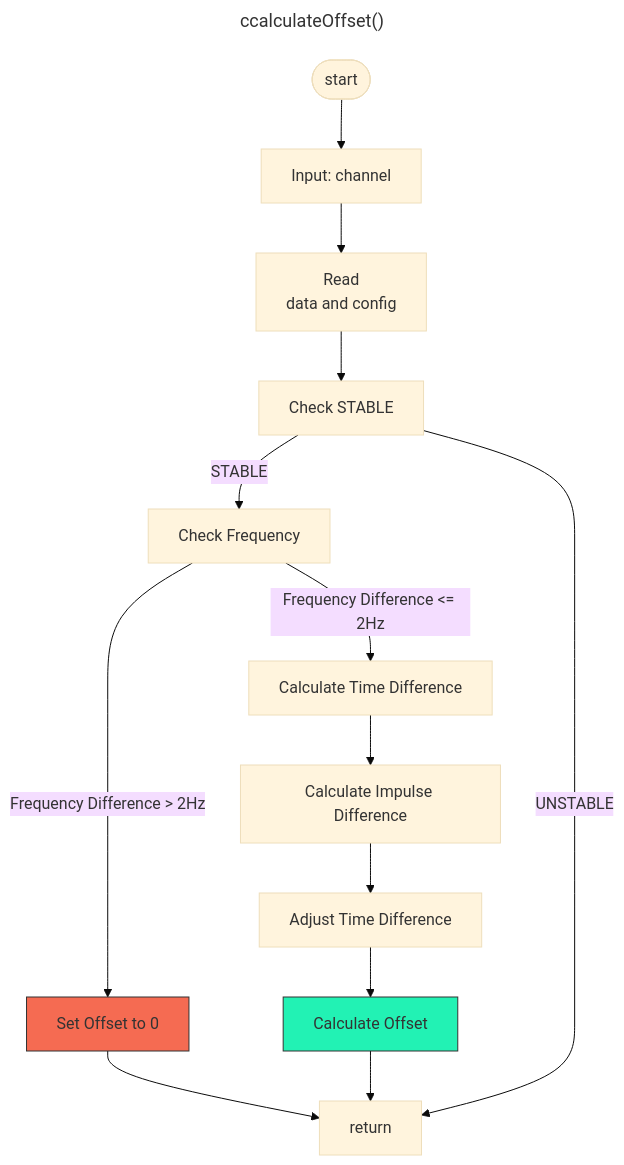
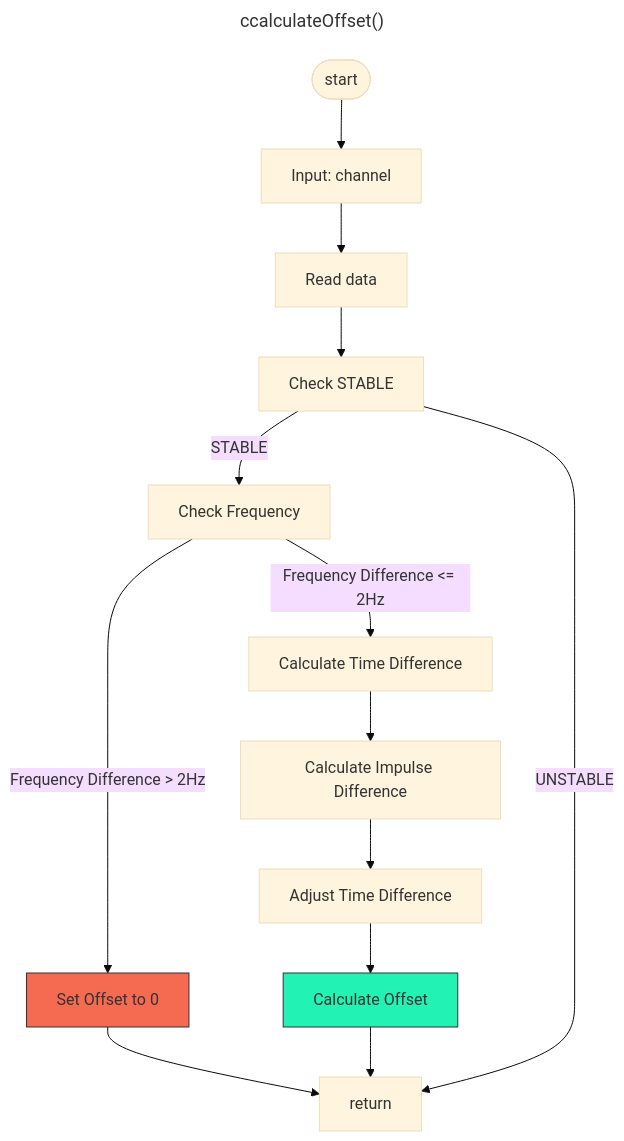
Before and after one commit to rewegit/esp32-rmt-pwm-reader: the eighth of 9 diagrams in docs/HowItWorks.md, drawn with Mermaid. The commit also changed 1 other file, not shown here.

Commit message:
clear read config in calculateOffset

````diff
--- a/docs/HowItWorks.md
+++ b/docs/HowItWorks.md
@@ -325,22 +325,22 @@
 ```mermaid
 ---
 title:  ccalculateOffset()
 ---
 %%{ init: {'theme': 'base', "graph": {"htmlLabels": true}} }%%
 flowchart TD
      start([start]) --> 
-     input[Input: channel] --> readData[Read<br>data and config]
+     input[Input: channel] --> readData[Read data]
      readData -->checkStability[Check STABLE]
      checkStability -->|STABLE| checkFrequency[Check Frequency]
      checkFrequency -->|Frequency Difference > 2Hz| offsetZero[Set Offset to 0]
      offsetZero --> return
      checkFrequency -->|Frequency Difference <= 2Hz| calculateTimeDiff[Calculate Time Difference]
      calculateTimeDiff -->calculateImpulseDiff[Calculate Impulse Difference]
      calculateImpulseDiff --> adjustTimeDiff[Adjust Time Difference]
      adjustTimeDiff --> calculateOffset[Calculate Offset]
      calculateOffset -->return
      checkStability -->|UNSTABLE| return  
     
      style offsetZero fill:#F56B52,stroke:#333,stroke-width:1px
      style calculateOffset fill:#22F2B4,stroke:#333,stroke-width:1px
 ```
````
